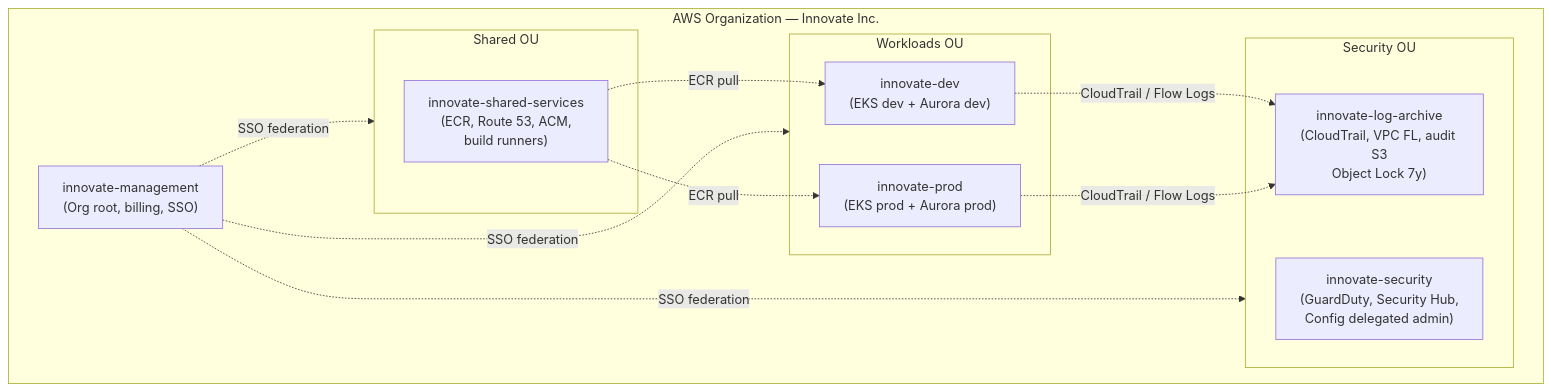
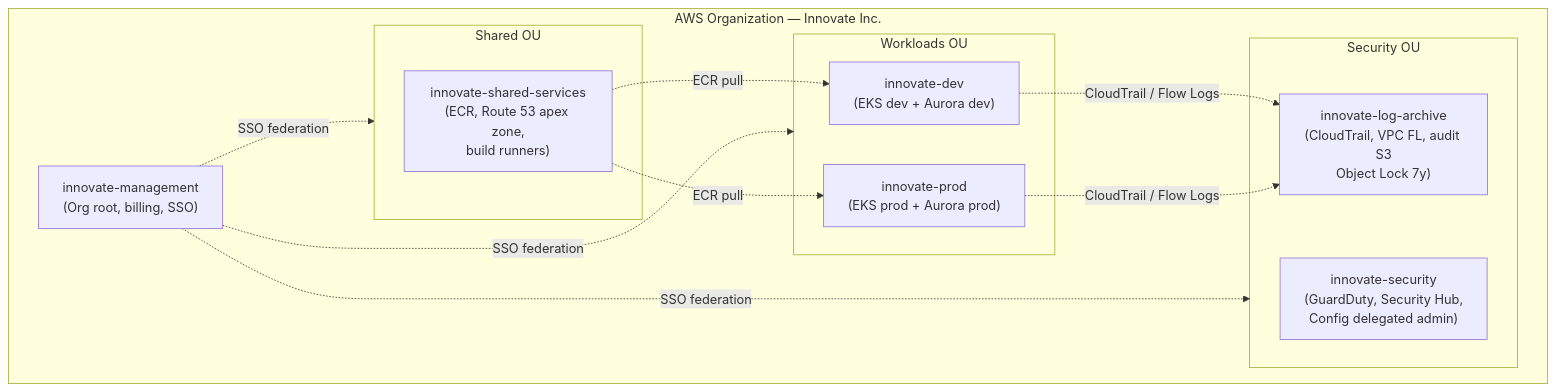
One commit to davitmadoyan/opsfleet-task changed the first of 2 diagrams in architecture/README.md. Above: the diagram before and after it, drawn with Mermaid. The commit also changed other lines of this file, not shown here.

Commit message:
move ACM, Cloudfront from shared to workload accounts

````diff
--- a/architecture/README.md
+++ b/architecture/README.md
@@ -373,25 +375,25 @@
 ```mermaid
 flowchart TB
     subgraph ORG["AWS Organization — Innovate Inc."]
         MGMT["innovate-management<br/>(Org root, billing, SSO)"]
         subgraph SEC_OU["Security OU"]
             SEC["innovate-security<br/>(GuardDuty, Security Hub,<br/>Config delegated admin)"]
             LOG["innovate-log-archive<br/>(CloudTrail, VPC FL, audit S3<br/>Object Lock 7y)"]
         end
         subgraph SHARED_OU["Shared OU"]
-            SHARED["innovate-shared-services<br/>(ECR, Route 53, ACM,<br/>build runners)"]
+            SHARED["innovate-shared-services<br/>(ECR, Route 53 apex zone,<br/>build runners)"]
         end
         subgraph WL_OU["Workloads OU"]
             DEV["innovate-dev<br/>(EKS dev + Aurora dev)"]
             PROD["innovate-prod<br/>(EKS prod + Aurora prod)"]
         end
     end
 
     MGMT -.SSO federation.-> SEC_OU
     MGMT -.SSO federation.-> SHARED_OU
     MGMT -.SSO federation.-> WL_OU
     DEV -. CloudTrail / Flow Logs .-> LOG
     PROD -. CloudTrail / Flow Logs .-> LOG
     SHARED -. ECR pull .-> DEV
     SHARED -. ECR pull .-> PROD
 ```
````
